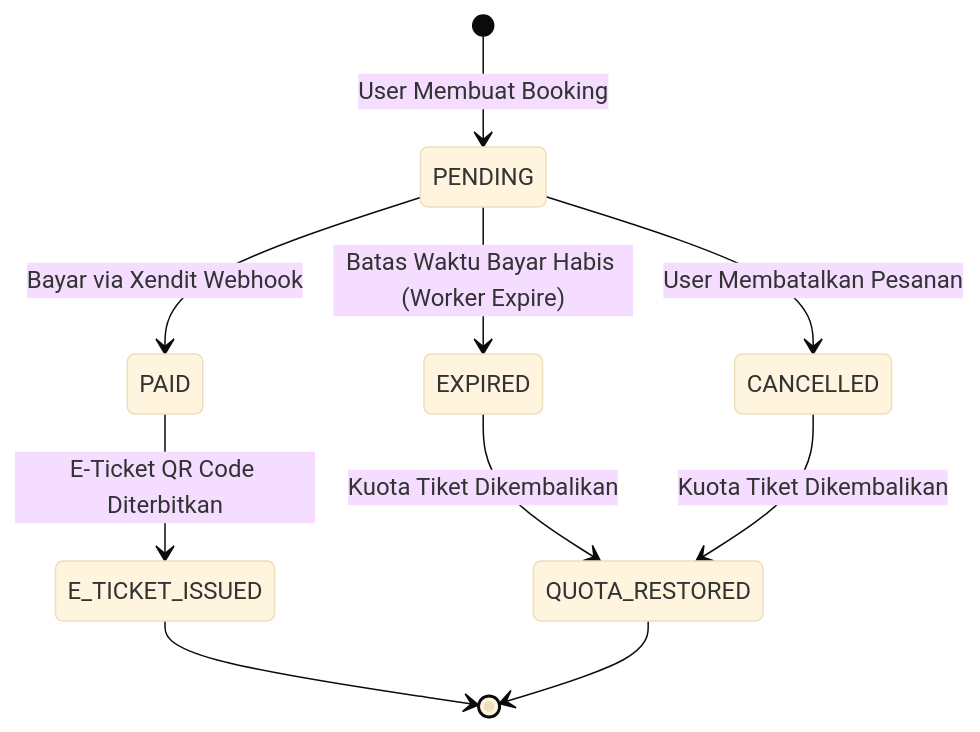
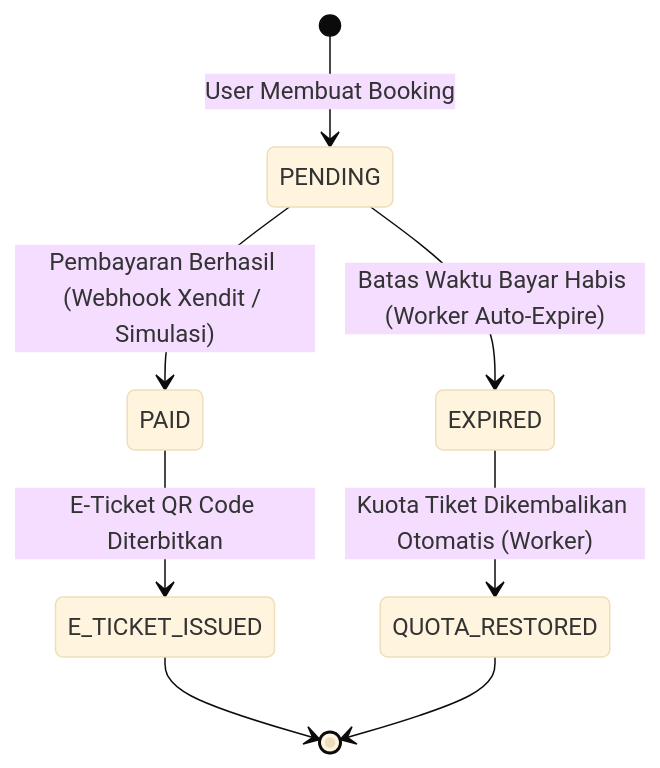
One commit to AjiWardiman/kacaru-book changed the second of 2 diagrams in README.md. Above: the diagram before and after it, drawn with Mermaid (base theme). The commit also changed other lines of this file and 27 other files, not shown here.

````diff
--- a/README.md
+++ b/README.md
@@ -148,12 +151,10 @@
 ```mermaid
 stateDiagram-v2
     [*] --> PENDING: User Membuat Booking
-    PENDING --> PAID: Bayar via Xendit Webhook
-    PENDING --> EXPIRED: Batas Waktu Bayar Habis (Worker Expire)
-    PENDING --> CANCELLED: User Membatalkan Pesanan
+    PENDING --> PAID: Pembayaran Berhasil (Webhook Xendit / Simulasi)
+    PENDING --> EXPIRED: Batas Waktu Bayar Habis (Worker Auto-Expire)
     PAID --> E_TICKET_ISSUED: E-Ticket QR Code Diterbitkan
-    EXPIRED --> QUOTA_RESTORED: Kuota Tiket Dikembalikan
-    CANCELLED --> QUOTA_RESTORED: Kuota Tiket Dikembalikan
+    EXPIRED --> QUOTA_RESTORED: Kuota Tiket Dikembalikan Otomatis (Worker)
     E_TICKET_ISSUED --> [*]
     QUOTA_RESTORED --> [*]
 ```
````
